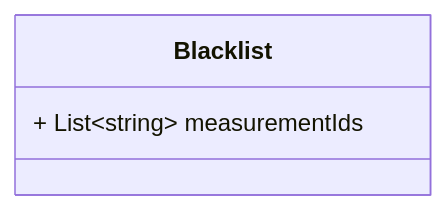
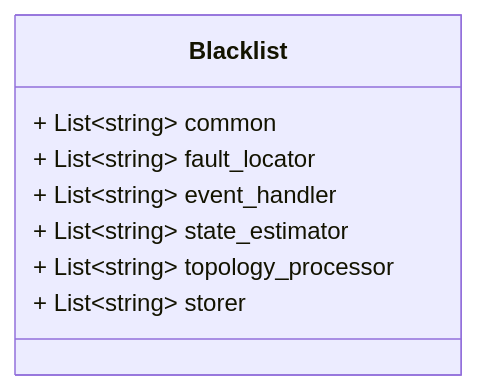
One commit to zaphiro-technologies/protobuf changed the diagram in docs/blacklist.proto.md. Above: the diagram before and after it, drawn with Mermaid. The commit also changed other lines of this file and 6 other files, not shown here.

````diff
--- a/docs/blacklist.proto.md
+++ b/docs/blacklist.proto.md
@@ -27,11 +27,16 @@
 ```mermaid
 classDiagram
 direction LR
 
 %% The measurement id set to be ignored by the real time processing.
 
 class Blacklist {
-  + List~string~ measurementIds
+  + List~string~ common
+  + List~string~ fault_locator
+  + List~string~ event_handler
+  + List~string~ state_estimator
+  + List~string~ topology_processor
+  + List~string~ storer
 }
 
 ```
````
